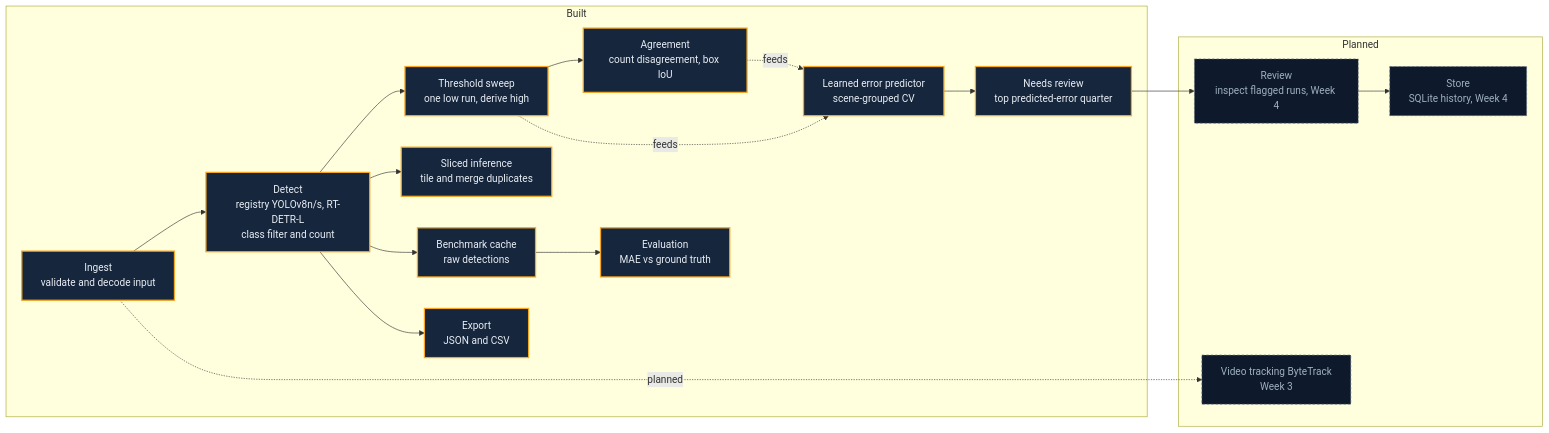
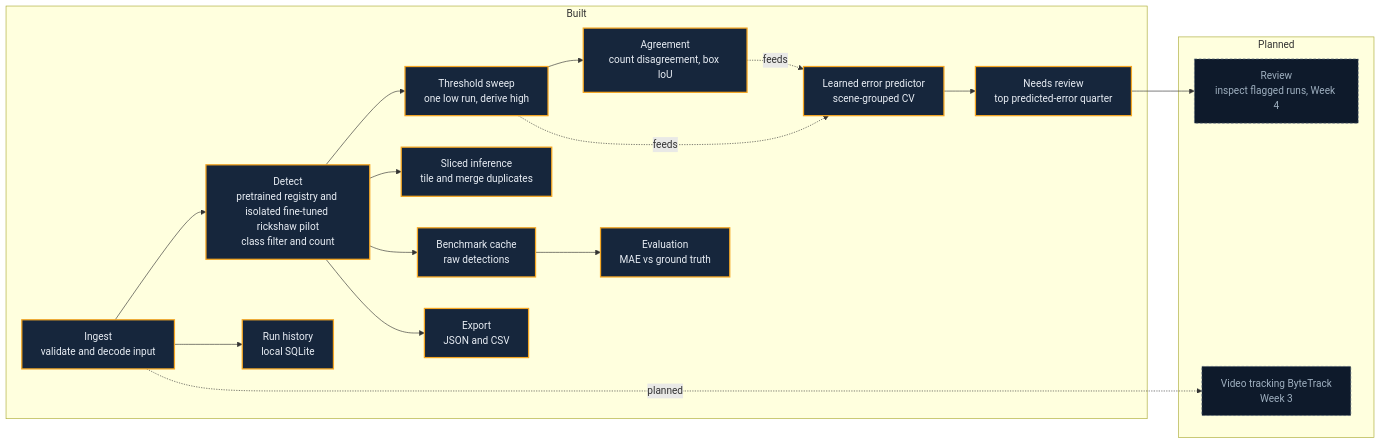
Before and after one commit to bakhtawar7/TrafficLens: the diagram in docs/architecture.md, drawn with Mermaid. The commit also changed other lines of this file and 47 other files, not shown here.

Commit message:
Add rickshaw pilot and run history

````diff
--- a/docs/architecture.md
+++ b/docs/architecture.md
@@ -16,35 +17,36 @@
 ```mermaid
 flowchart LR
     subgraph BUILT[Built]
         ING[Ingest<br/>validate and decode input]
-        DET[Detect<br/>registry YOLOv8n/s, RT-DETR-L<br/>class filter and count]
+        DET[Detect<br/>pretrained registry and isolated fine-tuned rickshaw pilot<br/>class filter and count]
         SLC[Sliced inference<br/>tile and merge duplicates]
         SWEEP[Threshold sweep<br/>one low run, derive high]
         AGREE[Agreement<br/>count disagreement, box IoU]
         BM[Benchmark cache<br/>raw detections]
         EVAL[Evaluation<br/>MAE vs ground truth]
         EXP[Export<br/>JSON and CSV]
         PRED[Learned error predictor<br/>scene-grouped CV]
         DEC[Needs review<br/>top predicted-error quarter]
+        HIST[Run history<br/>local SQLite]
     end
     subgraph PLANNED[Planned]
         VID[Video tracking ByteTrack<br/>Week 3]
         REV[Review<br/>inspect flagged runs, Week 4]
-        STO[Store<br/>SQLite history, Week 4]
     end
 
     ING --> DET --> SWEEP
     DET --> SLC
     SWEEP --> AGREE
     DET --> BM --> EVAL
     DET --> EXP
     AGREE -. feeds .-> PRED
     SWEEP -. feeds .-> PRED
-    PRED --> DEC --> REV --> STO
+    PRED --> DEC --> REV
+    ING --> HIST
     ING -. planned .-> VID
 
     classDef built fill:#16263c,stroke:#f5a623,stroke-width:2px,color:#e9eef5;
     classDef planned fill:#0e1a2b,stroke:#5b6b7f,stroke-dasharray:4 3,color:#9fb0c0;
-    class ING,DET,SLC,SWEEP,AGREE,BM,EVAL,EXP,PRED,DEC built;
-    class VID,REV,STO planned;
+    class ING,DET,SLC,SWEEP,AGREE,BM,EVAL,EXP,PRED,DEC,HIST built;
+    class VID,REV planned;
 ```
````
